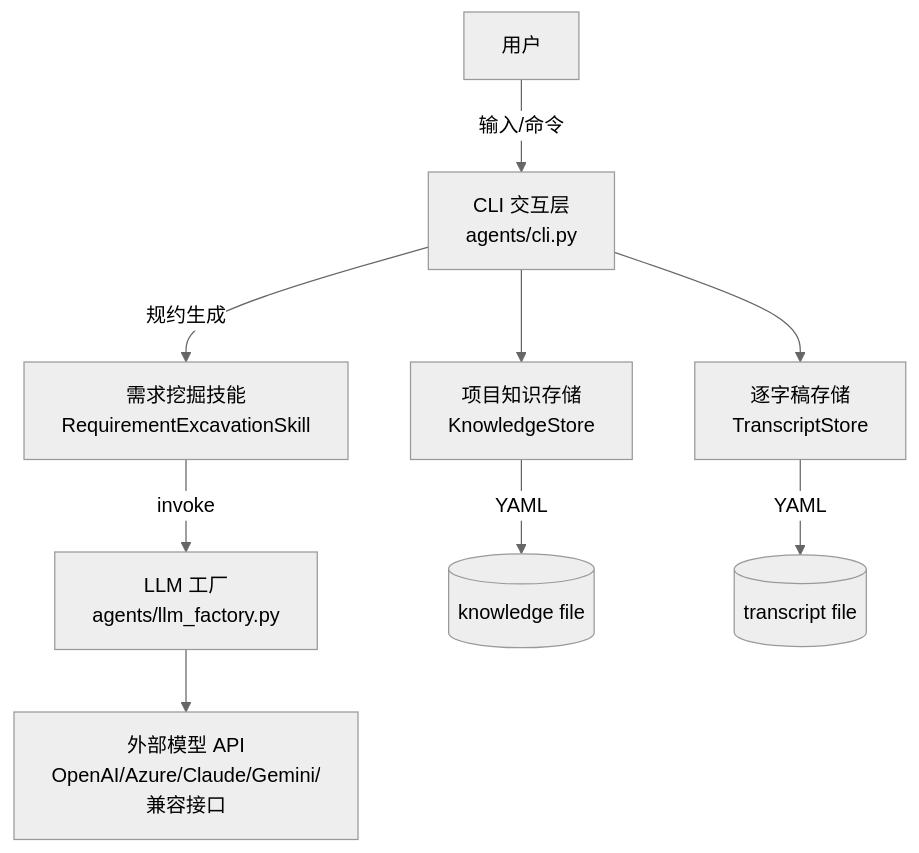
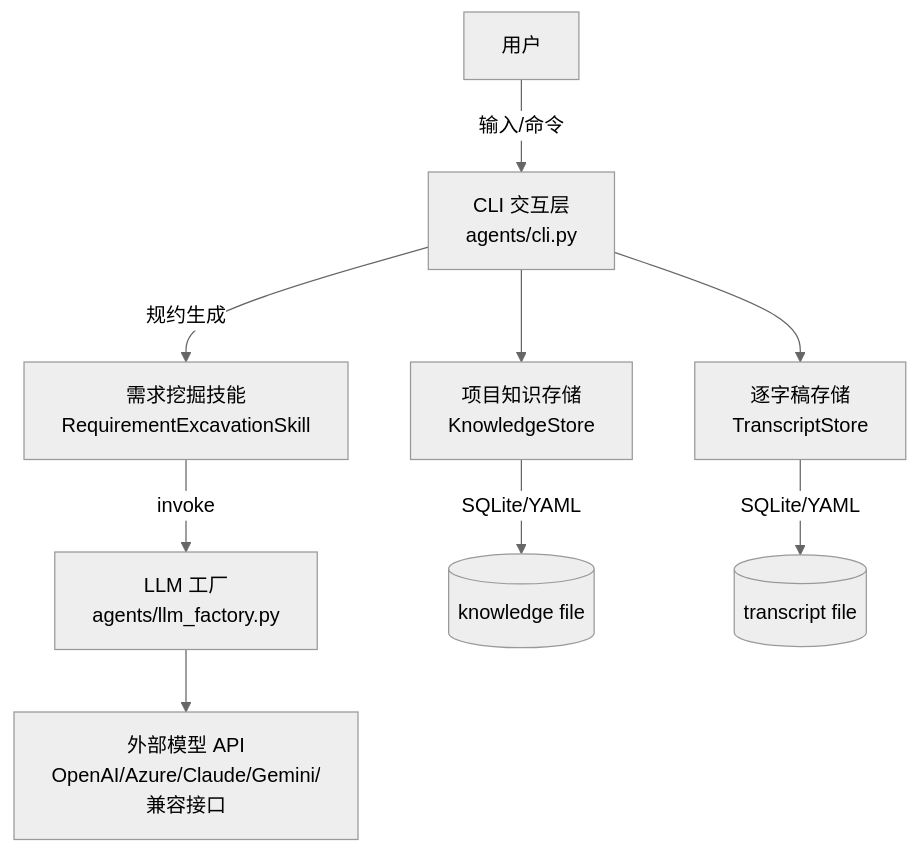
The diagram in README.md (chaoshou-coder/ReqX), drawn with Mermaid (neutral theme) before and after one commit. The commit also changed other lines of this file and 54 other files, not shown here.

````diff
--- a/README.md
+++ b/README.md
@@ -43,12 +43,12 @@
 ```mermaid
 flowchart TD
   U[用户] -->|输入/命令| CLI[CLI 交互层<br/>agents/cli.py]
   CLI -->|规约生成| Tool[需求挖掘技能<br/>RequirementExcavationSkill]
   Tool -->|invoke| LLMF[LLM 工厂<br/>agents/llm_factory.py]
   LLMF --> API[外部模型 API<br/>OpenAI/Azure/Claude/Gemini/兼容接口]
 
   CLI --> KS[项目知识存储<br/>KnowledgeStore]
   CLI --> TS[逐字稿存储<br/>TranscriptStore]
-  KS -->|YAML| Disk1[(knowledge file)]
-  TS -->|YAML| Disk2[(transcript file)]
+  KS -->|SQLite/YAML| Disk1[(knowledge file)]
+  TS -->|SQLite/YAML| Disk2[(transcript file)]
 ```
````
